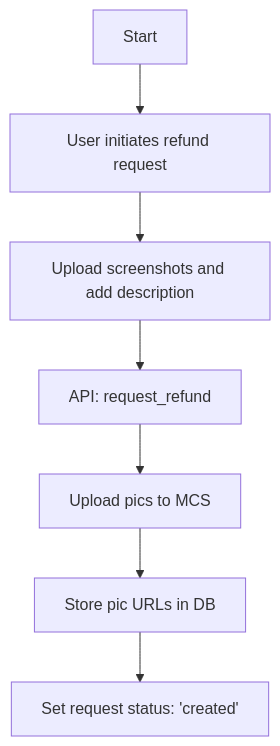
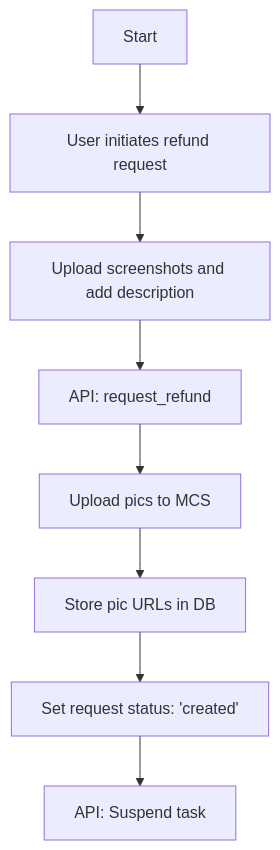
The first of 2 diagrams in drafts/crm/refund_request.md (alphaflows/workbench), drawn with Mermaid before and after one commit. The commit also changed other lines of this file, not shown here.

````diff
--- a/drafts/crm/refund_request.md
+++ b/drafts/crm/refund_request.md
@@ -33,9 +42,10 @@
 ```mermaid
 flowchart TD
     A[Start] --> B[User initiates refund request]
     B --> C[Upload screenshots and add description]
     C --> D[API: request_refund]
     D --> E[Upload pics to MCS]
     E --> F[Store pic URLs in DB]
     F --> G[Set request status: 'created']
+    G --> H[API: Suspend task]
 ```
````
